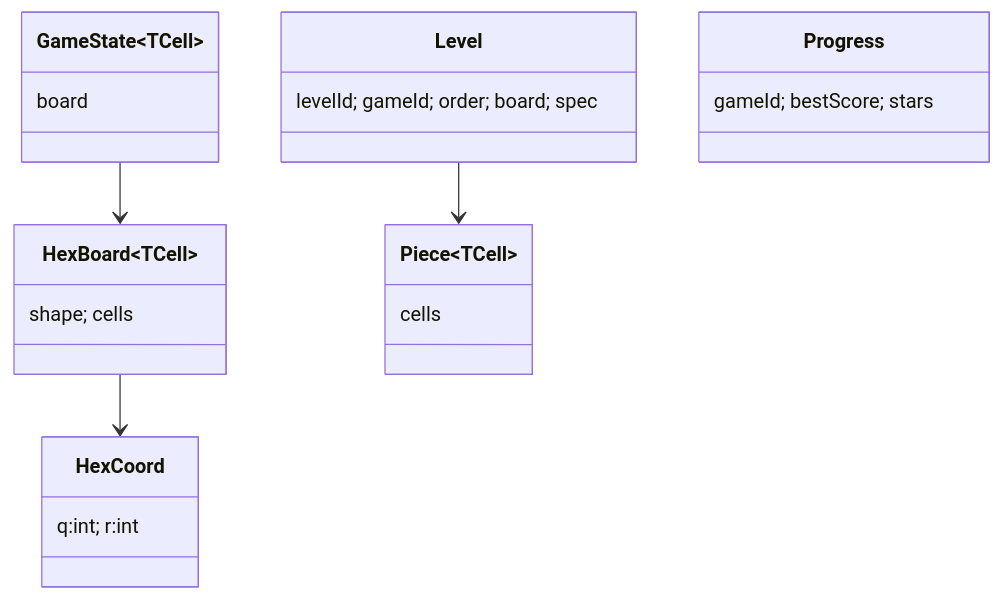
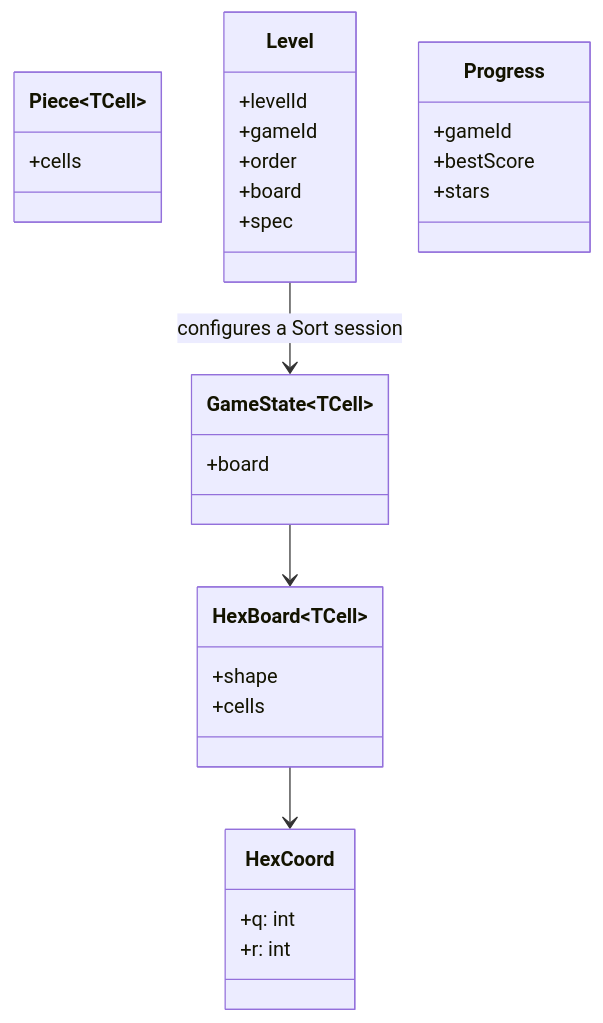
Before and after one commit to hexablock-g5-ucab/hexablock-app: the diagram in docs/specs/entity-model.md, drawn with Mermaid. The commit also changed other lines of this file and 36 other files, not shown here.

````diff
--- a/docs/specs/entity-model.md
+++ b/docs/specs/entity-model.md
@@ -3,12 +3,32 @@
 ```mermaid
 classDiagram
-  class HexCoord { q:int; r:int }
-  class HexBoard~TCell~ { shape; cells }
-  class Piece~TCell~ { cells }
-  class GameState~TCell~ { board }
-  class Level { levelId; gameId; order; board; spec }
-  class Progress { gameId; bestScore; stars }
+  class HexCoord {
+    +q: int
+    +r: int
+  }
+  class HexBoard~TCell~ {
+    +shape
+    +cells
+  }
+  class Piece~TCell~ {
+    +cells
+  }
+  class GameState~TCell~ {
+    +board
+  }
+  class Level {
+    +levelId
+    +gameId
+    +order
+    +board
+    +spec
+  }
+  class Progress {
+    +gameId
+    +bestScore
+    +stars
+  }
   HexBoard --> HexCoord
   GameState --> HexBoard
-  Level --> Piece
+  Level --> GameState : configures a Sort session
 ```
````
